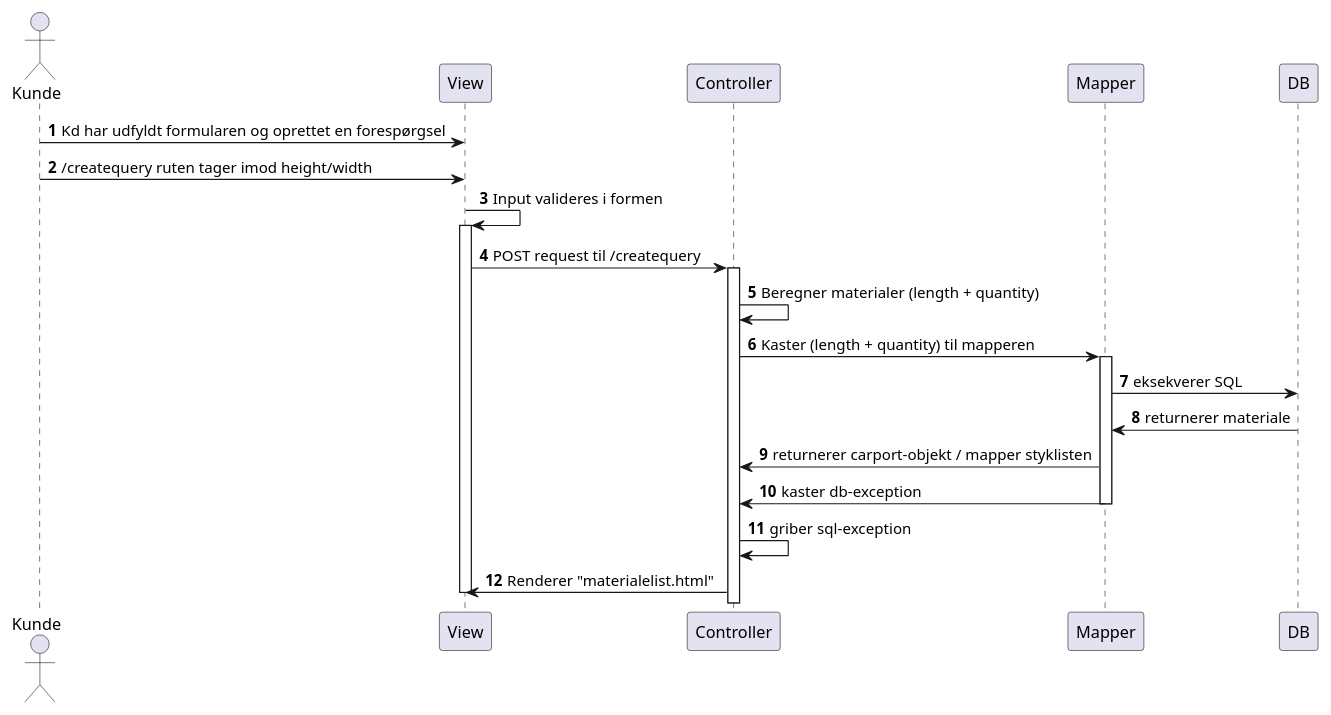
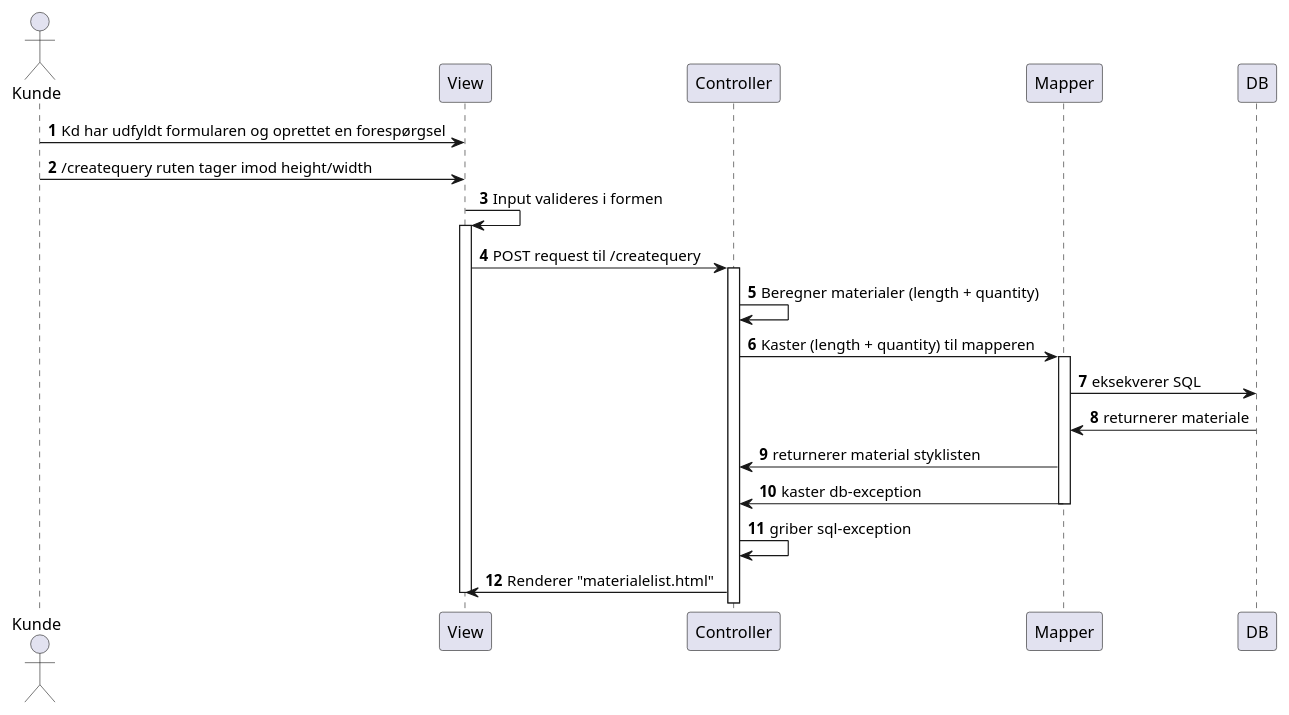
One commit to mridrisisci/fog-projekt changed the diagram in docs/Sequence diagrams/us3-beregn-stykliste.puml. Above: the diagram before and after it, drawn with PlantUML.

```diff
--- a/docs/Sequence diagrams/us3-beregn-stykliste.puml
+++ b/docs/Sequence diagrams/us3-beregn-stykliste.puml
@@ -1,31 +1,31 @@
 @startuml
 'https://plantuml.com/sequence-diagram
 
 autonumber
 
 Actor Kunde
 participant View as V
 participant Controller as C
 participant Mapper as M
 participant DB
 
 
 Kunde -> V: Kd har udfyldt formularen og oprettet en forespørgsel
 Kunde -> V: /createquery ruten tager imod height/width
 V -> V: Input valideres i formen
 activate V
 V -> C: POST request til /createquery
 activate C
 C -> C: Beregner materialer (length + quantity)
 C -> M: Kaster (length + quantity) til mapperen
 activate M
 M -> DB: eksekverer SQL
 DB -> M: returnerer materiale
-M -> C: returnerer carport-objekt / mapper styklisten
+M -> C: returnerer material styklisten
 M -> C: kaster db-exception
 deactivate M
 C -> C: griber sql-exception
 C -> V: Renderer "materialelist.html"
 
 deactivate V
 @enduml
```
